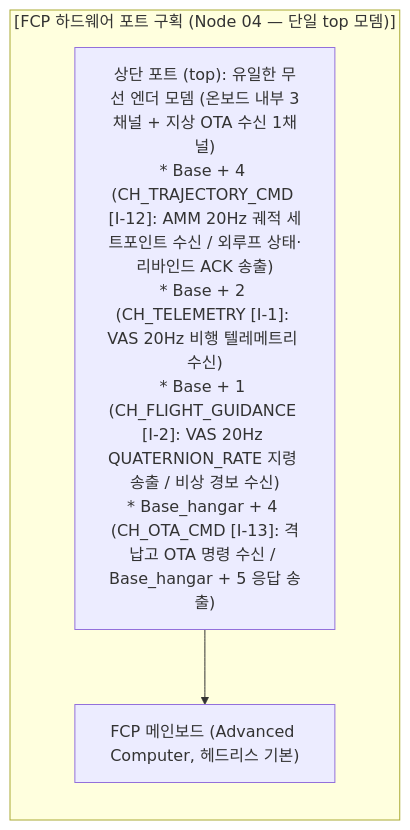
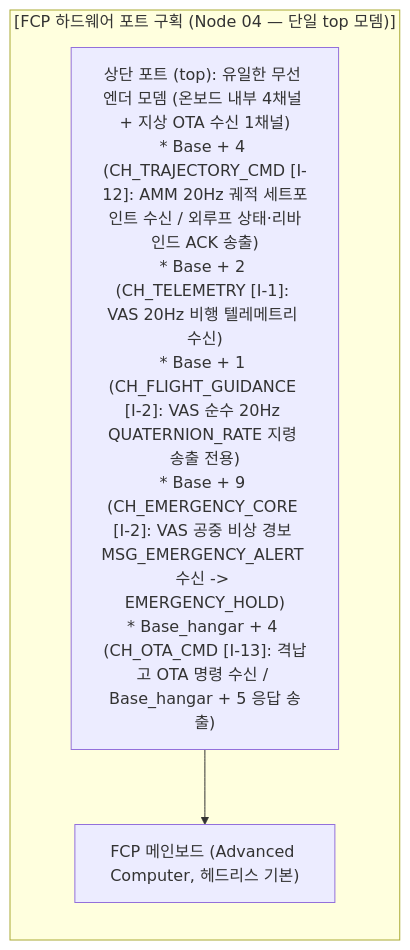
The second of 5 diagrams in docs/specs/2_guidance/fcp/FCP_PROGRAM_SPECIFICATION.md (Polimachi/Aeroneutics_Autopilot), drawn with Mermaid before and after one commit. The commit also changed other lines of this file and 10 other files, not shown here.

````diff
--- a/docs/specs/2_guidance/fcp/FCP_PROGRAM_SPECIFICATION.md
+++ b/docs/specs/2_guidance/fcp/FCP_PROGRAM_SPECIFICATION.md
@@ -131,10 +132,10 @@
 ```mermaid
 flowchart TD
     subgraph FCP_PORTS["[FCP 하드웨어 포트 구획 (Node 04 — 단일 top 모뎀)]"]
         direction TB
-        PORT_TOP["상단 포트 (top): 유일한 무선 엔더 모뎀 (온보드 내부 3채널 + 지상 OTA 수신 1채널)<br/>* Base + 4 (CH_TRAJECTORY_CMD [I-12]: AMM 20Hz 궤적 세트포인트 수신 / 외루프 상태·리바인드 ACK 송출)<br/>* Base + 2 (CH_TELEMETRY [I-1]: VAS 20Hz 비행 텔레메트리 수신)<br/>* Base + 1 (CH_FLIGHT_GUIDANCE [I-2]: VAS 20Hz QUATERNION_RATE 지령 송출 / 비상 경보 수신)<br/>* Base_hangar + 4 (CH_OTA_CMD [I-13]: 격납고 OTA 명령 수신 / Base_hangar + 5 응답 송출)"]
+        PORT_TOP["상단 포트 (top): 유일한 무선 엔더 모뎀 (온보드 내부 4채널 + 지상 OTA 수신 1채널)<br/>* Base + 4 (CH_TRAJECTORY_CMD [I-12]: AMM 20Hz 궤적 세트포인트 수신 / 외루프 상태·리바인드 ACK 송출)<br/>* Base + 2 (CH_TELEMETRY [I-1]: VAS 20Hz 비행 텔레메트리 수신)<br/>* Base + 1 (CH_FLIGHT_GUIDANCE [I-2]: VAS 순수 20Hz QUATERNION_RATE 지령 송출 전용)<br/>* Base + 9 (CH_EMERGENCY_CORE [I-2]: VAS 공중 비상 경보 MSG_EMERGENCY_ALERT 수신 -> EMERGENCY_HOLD)<br/>* Base_hangar + 4 (CH_OTA_CMD [I-13]: 격납고 OTA 명령 수신 / Base_hangar + 5 응답 송출)"]
         PC["FCP 메인보드 (Advanced Computer, 헤드리스 기본)"]
     end
 
     PORT_TOP --> PC
 ```
````
